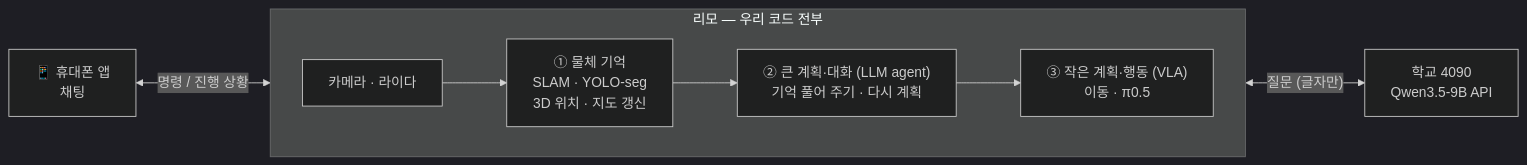
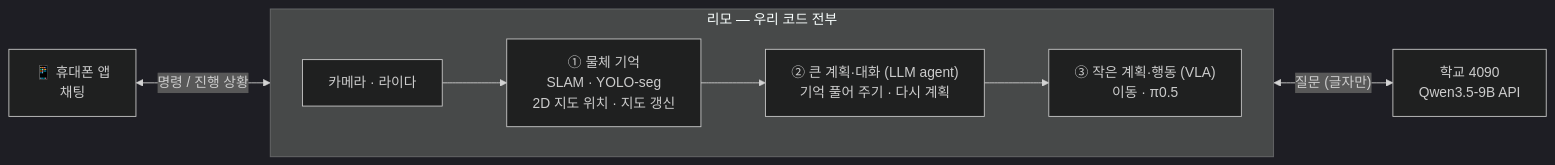
The diagram in docs/plan.md (juyoung020/robot-agent), drawn with Mermaid (dark theme) before and after one commit. The commit also changed other lines of this file and 2 other files, not shown here.

````diff
--- a/docs/plan.md
+++ b/docs/plan.md
@@ -15,13 +15,13 @@
 ```mermaid
 flowchart LR
     APP["📱 휴대폰 앱<br/>채팅"]
     subgraph LIMO["리모 — 우리 코드 전부"]
         direction LR
-        S["카메라 · 라이다"] --> M["① 물체 기억<br/>SLAM · YOLO-seg<br/>3D 위치 · 지도 갱신"]
+        S["카메라 · 라이다"] --> M["① 물체 기억<br/>SLAM · YOLO-seg<br/>2D 지도 위치 · 지도 갱신"]
         M --> A["② 큰 계획·대화 (LLM agent)<br/>기억 풀어 주기 · 다시 계획"]
         A --> V["③ 작은 계획·행동 (VLA)<br/>이동 · π0.5"]
     end
     Q["학교 4090<br/>Qwen3.5-9B API"]
     APP <-->|"명령 / 진행 상황"| A
     A <-->|"질문 (글자만)"| Q
 ```
````
